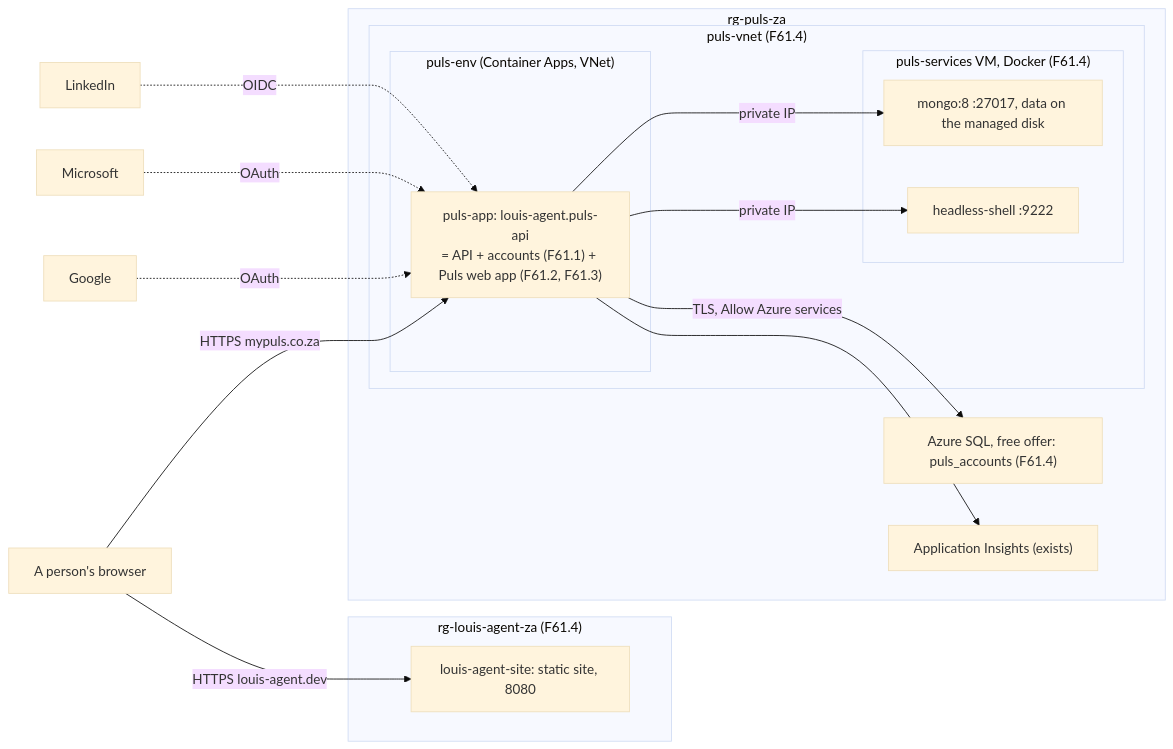
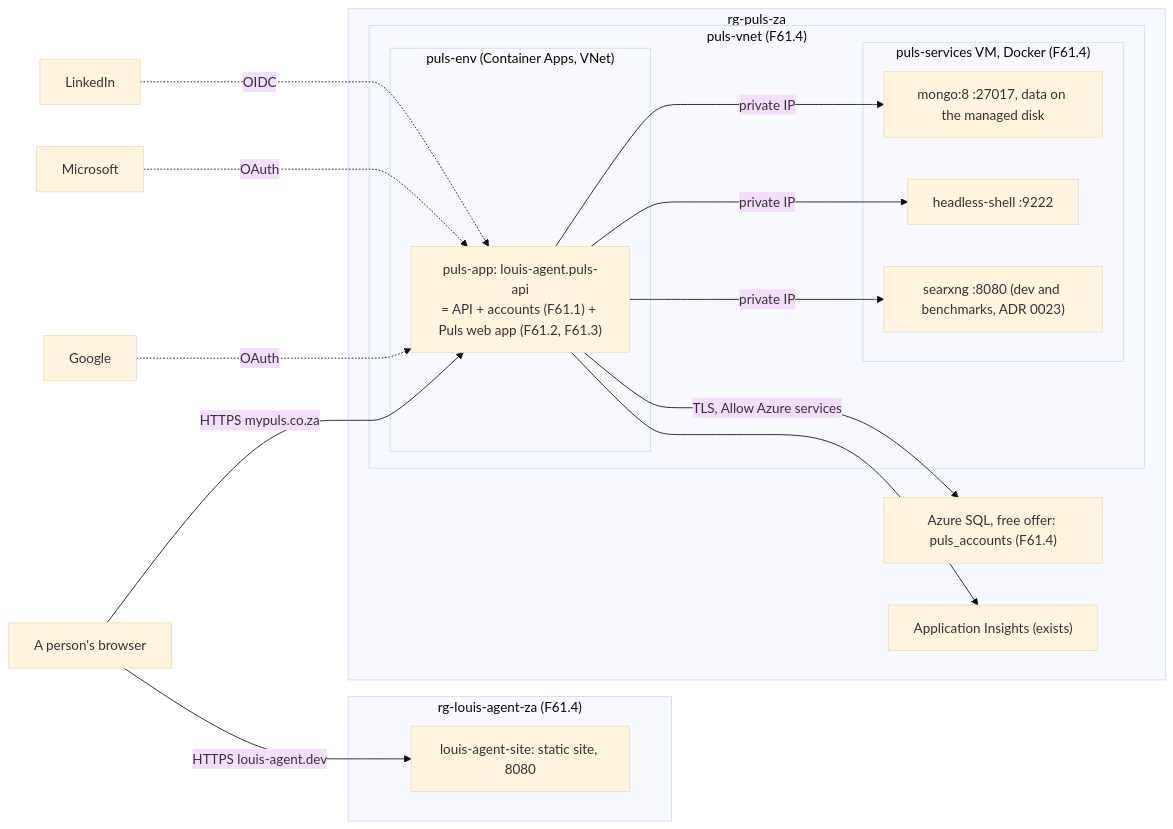
The second of 4 diagrams in src/docs/plans/F61-accounts-and-azure.md (bosbevk/louis-agent), drawn with Mermaid (base theme) before and after one commit. The commit also changed other lines of this file and 1 other file, not shown here.

````diff
--- a/src/docs/plans/F61-accounts-and-azure.md
+++ b/src/docs/plans/F61-accounts-and-azure.md
@@ -185,28 +185,30 @@
 ```mermaid
 flowchart LR
     user["A person's browser"] -->|HTTPS mypuls.co.za| pulsapp
     user -->|HTTPS louis-agent.dev| site
     subgraph rgla["rg-louis-agent-za (F61.4)"]
         site["louis-agent-site: static site, 8080"]
     end
     subgraph rgp["rg-puls-za"]
         subgraph vnet["puls-vnet (F61.4)"]
             subgraph env["puls-env (Container Apps, VNet)"]
                 pulsapp["puls-app: louis-agent.puls-api\n= API + accounts (F61.1) + Puls web app (F61.2, F61.3)"]
             end
             subgraph vm["puls-services VM, Docker (F61.4)"]
                 mongo["mongo:8 :27017, data on the managed disk"]
                 chrome["headless-shell :9222"]
+                searxng["searxng :8080 (dev and benchmarks, ADR 0023)"]
             end
         end
         sql["Azure SQL, free offer: puls_accounts (F61.4)"]
         insights["Application Insights (exists)"]
     end
     pulsapp -->|private IP| mongo
     pulsapp -->|private IP| chrome
+    pulsapp -->|private IP| searxng
     pulsapp -->|TLS, Allow Azure services| sql
     pulsapp --> insights
     google["Google"] -.->|OAuth| pulsapp
     ms["Microsoft"] -.->|OAuth| pulsapp
     li["LinkedIn"] -.->|OIDC| pulsapp
 ```
````
